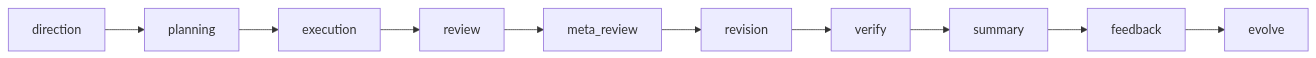
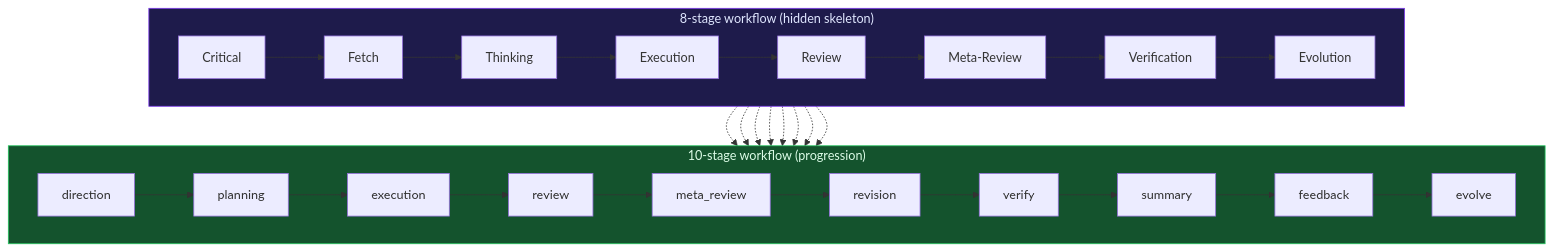
The second of 9 diagrams in README.md (limda007/Meta_Kim), drawn with Mermaid before and after one commit. The commit also changed other lines of this file and 22 other files, not shown here.

````diff
--- a/README.md
+++ b/README.md
@@ -457,6 +191,24 @@
 ```mermaid
-graph LR
-  B1[direction] --> B2[planning] --> B3[execution] --> B4[review]
-  B4 --> B5[meta_review] --> B6[revision] --> B7[verify]
-  B7 --> B8[summary] --> B9[feedback] --> B10[evolve]
+flowchart TB
+    subgraph spine["8-stage workflow (hidden skeleton)"]
+        direction LR
+        C1[Critical] --> F1[Fetch] --> T1[Thinking] --> E1[Execution] --> R1[Review] --> MR1[Meta-Review] --> V1[Verification] --> EV1[Evolution]
+    end
+
+    subgraph workflow["10-stage workflow (progression)"]
+        direction LR
+        D2[direction] --> P2[planning] --> EX2[execution] --> RE2[review] --> MET2[meta_review] --> REV2[revision] --> VER2[verify] --> SUM2[summary] --> FB2[feedback] --> EVO2[evolve]
+    end
+
+    C1 -.-> D2
+    F1 -.-> P2
+    T1 -.-> P2
+    E1 -.-> EX2
+    R1 -.-> RE2
+    MR1 -.-> MET2
+    V1 -.-> VER2
+    EV1 -.-> EVO2
+
+    style spine fill:#1e1b4b,stroke:#7c3aed,color:#e0e7ff
+    style workflow fill:#14532d,stroke:#22c55e,color:#dcfce7
 ```
````
